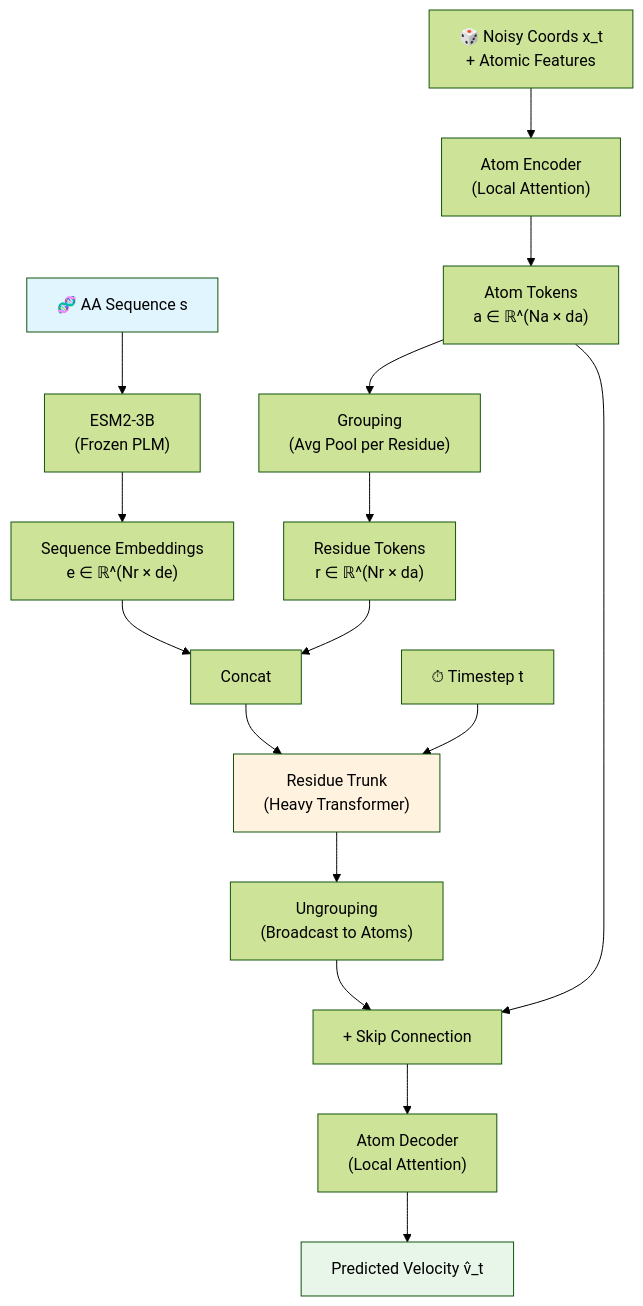
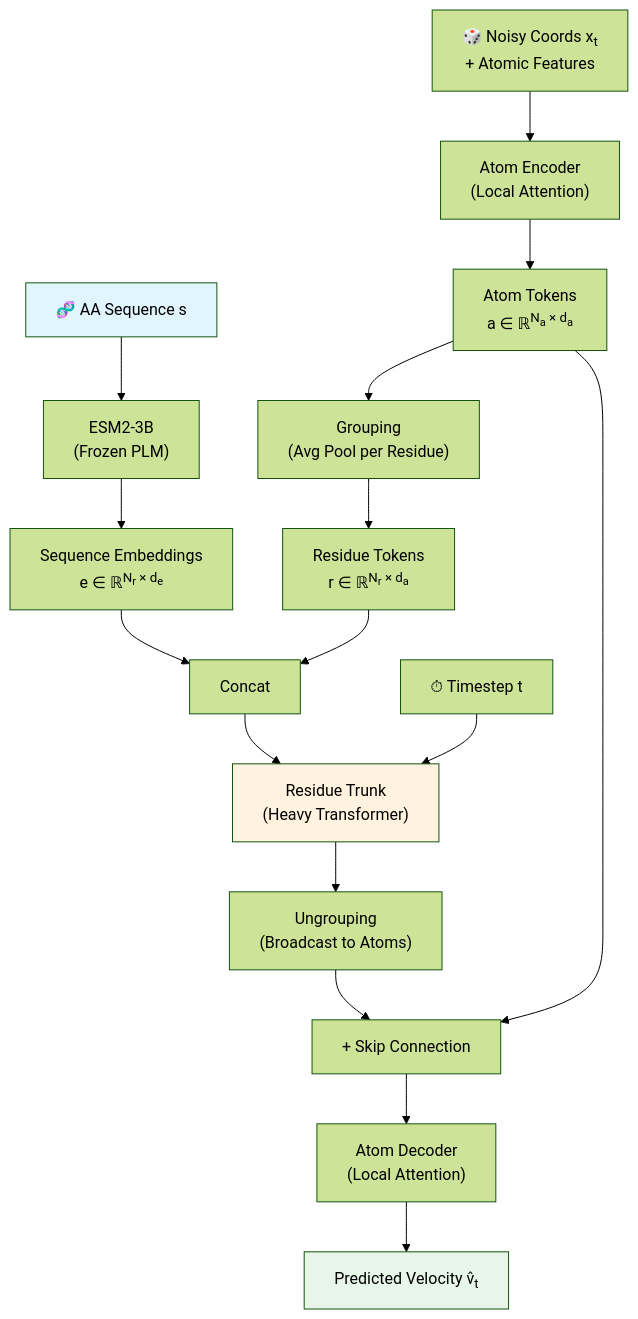
One commit to eightmm/eightmm.github.io changed the diagram in _posts/2026-02-24-simplefold-folding-proteins-simpler.md. Above: the diagram before and after it, drawn with Mermaid (forest theme).

Commit message:
fix: Mermaid 수학 표기를 HTML sub/sup 태그로 수정

````diff
--- a/_posts/2026-02-24-simplefold-folding-proteins-simpler.md
+++ b/_posts/2026-02-24-simplefold-folding-proteins-simpler.md
@@ -52,26 +52,26 @@
 ```mermaid
 graph TD
     A["🧬 AA Sequence s"] --> PLM["ESM2-3B<br/>(Frozen PLM)"]
-    PLM --> E["Sequence Embeddings<br/>e ∈ ℝ^(Nr × de)"]
+    PLM --> E["Sequence Embeddings<br/>e ∈ ℝ<sup>N<sub>r</sub> × d<sub>e</sub></sup>"]
 
-    N["🎲 Noisy Coords x_t<br/>+ Atomic Features"] --> AE["Atom Encoder<br/>(Local Attention)"]
-    AE --> AT["Atom Tokens<br/>a ∈ ℝ^(Na × da)"]
+    N["🎲 Noisy Coords x<sub>t</sub><br/>+ Atomic Features"] --> AE["Atom Encoder<br/>(Local Attention)"]
+    AE --> AT["Atom Tokens<br/>a ∈ ℝ<sup>N<sub>a</sub> × d<sub>a</sub></sup>"]
     AT --> G["Grouping<br/>(Avg Pool per Residue)"]
-    G --> RT["Residue Tokens<br/>r ∈ ℝ^(Nr × da)"]
+    G --> RT["Residue Tokens<br/>r ∈ ℝ<sup>N<sub>r</sub> × d<sub>a</sub></sup>"]
 
     RT --> CAT["Concat"]
     E --> CAT
     CAT --> TRUNK["Residue Trunk<br/>(Heavy Transformer)"]
 
     T["⏱ Timestep t"] --> TRUNK
 
     TRUNK --> UG["Ungrouping<br/>(Broadcast to Atoms)"]
     UG --> SKIP["+ Skip Connection"]
     AT --> SKIP
     SKIP --> AD["Atom Decoder<br/>(Local Attention)"]
-    AD --> V["Predicted Velocity v̂_t"]
+    AD --> V["Predicted Velocity v̂<sub>t</sub>"]
 
     style A fill:#e1f5fe
     style V fill:#e8f5e9
     style TRUNK fill:#fff3e0
 ```
````
